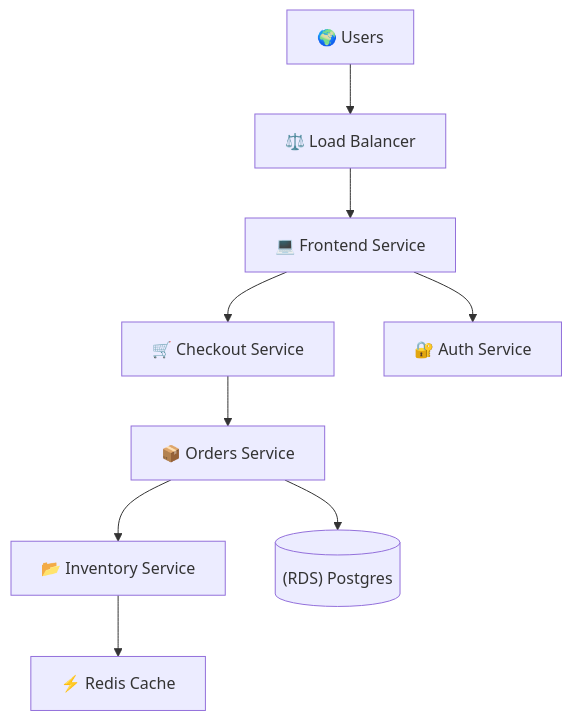
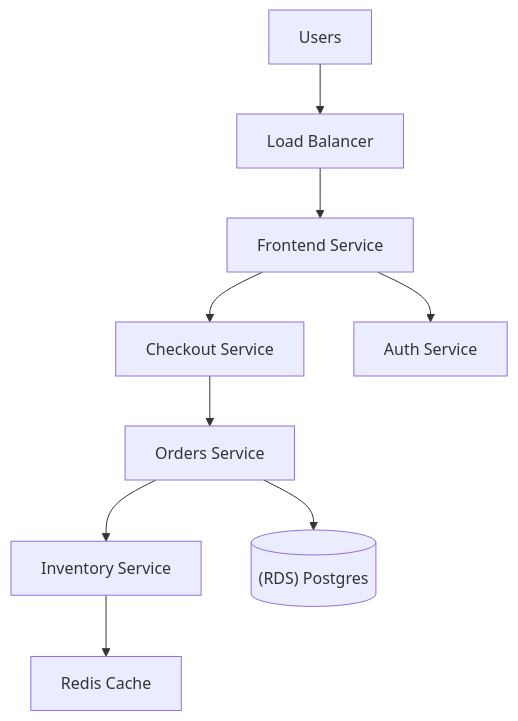
One commit to ALLENKISAIRAKESH/IncidentOpsEnv changed the diagram in README.md. Above: the diagram before and after it, drawn with Mermaid. The commit also changed other lines of this file, not shown here.

````diff
--- a/README.md
+++ b/README.md
@@ -12,11 +12,11 @@
 ```mermaid
 graph TD
-    User["🌍 Users"] --> LB["⚖️ Load Balancer"]
-    LB --> Frontend["💻 Frontend Service"]
-    Frontend --> Checkout["🛒 Checkout Service"]
-    Frontend --> Auth["🔐 Auth Service"]
-    Checkout --> Orders["📦 Orders Service"]
-    Orders --> Inventory["📂 Inventory Service"]
+    User["Users"] --> LB["Load Balancer"]
+    LB --> Frontend["Frontend Service"]
+    Frontend --> Checkout["Checkout Service"]
+    Frontend --> Auth["Auth Service"]
+    Checkout --> Orders["Orders Service"]
+    Orders --> Inventory["Inventory Service"]
     Orders --> DB[("(RDS) Postgres")]
-    Inventory --> Redis["⚡ Redis Cache"]
+    Inventory --> Redis["Redis Cache"]
 ```
````
